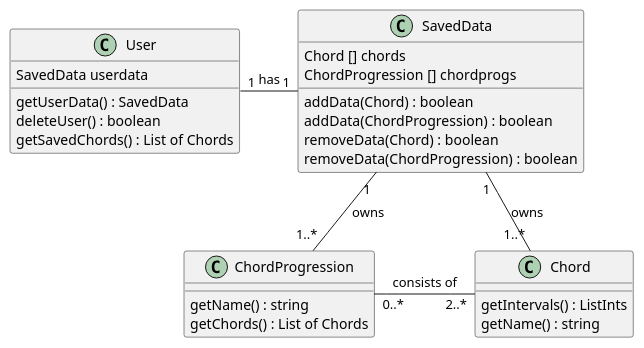
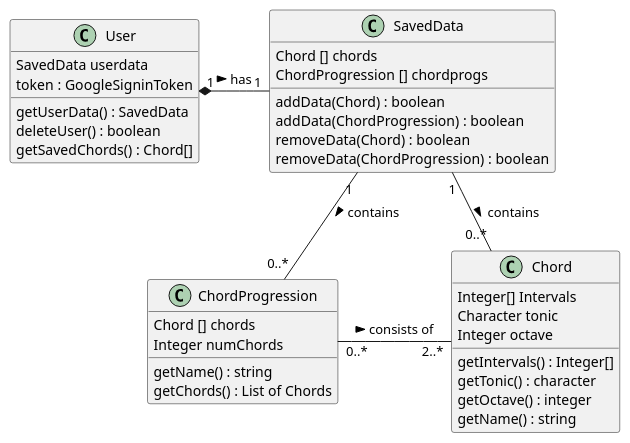
Before and after one commit to devinchristianson/daj: the diagram in docs/uml/userDataDomainModel.pu, drawn with PlantUML. The commit also changed 3 other files, not shown here.

```diff
--- a/docs/uml/userDataDomainModel.pu
+++ b/docs/uml/userDataDomainModel.pu
@@ -1,20 +1,28 @@
 @startuml
-User "1" - "1" SavedData : "has"
+User "1" *- "1" SavedData : has > 
 User : SavedData userdata
+User : token : GoogleSigninToken
 User : getUserData() : SavedData
 User : deleteUser() : boolean
-User : getSavedChords() : List of Chords
-Chord : getIntervals() : ListInts
+User : getSavedChords() : Chord[]
+Chord : Integer[] Intervals
+Chord : Character tonic
+Chord : Integer octave
+Chord : getIntervals() : Integer[]
+Chord : getTonic() : character
+Chord : getOctave() : integer
 Chord : getName() : string
-ChordProgression "0..*" - "2..*" Chord : consists of
+ChordProgression : Chord [] chords
+ChordProgression : Integer numChords
+ChordProgression "0..*" - "2..*" Chord : consists of >
 ChordProgression : getName() : string
 ChordProgression : getChords() : List of Chords
-SavedData "1" -- "1..*" Chord : owns
-SavedData "1" -- "1..*" ChordProgression : owns
+SavedData "1" -- "0..*" Chord : contains >
+SavedData "1" -- "0..*" ChordProgression : contains >
 SavedData : Chord [] chords
 SavedData : ChordProgression [] chordprogs
 SavedData : addData(Chord) : boolean
 SavedData : addData(ChordProgression) : boolean
 SavedData : removeData(Chord) : boolean
 SavedData : removeData(ChordProgression) : boolean
 @enduml
```
